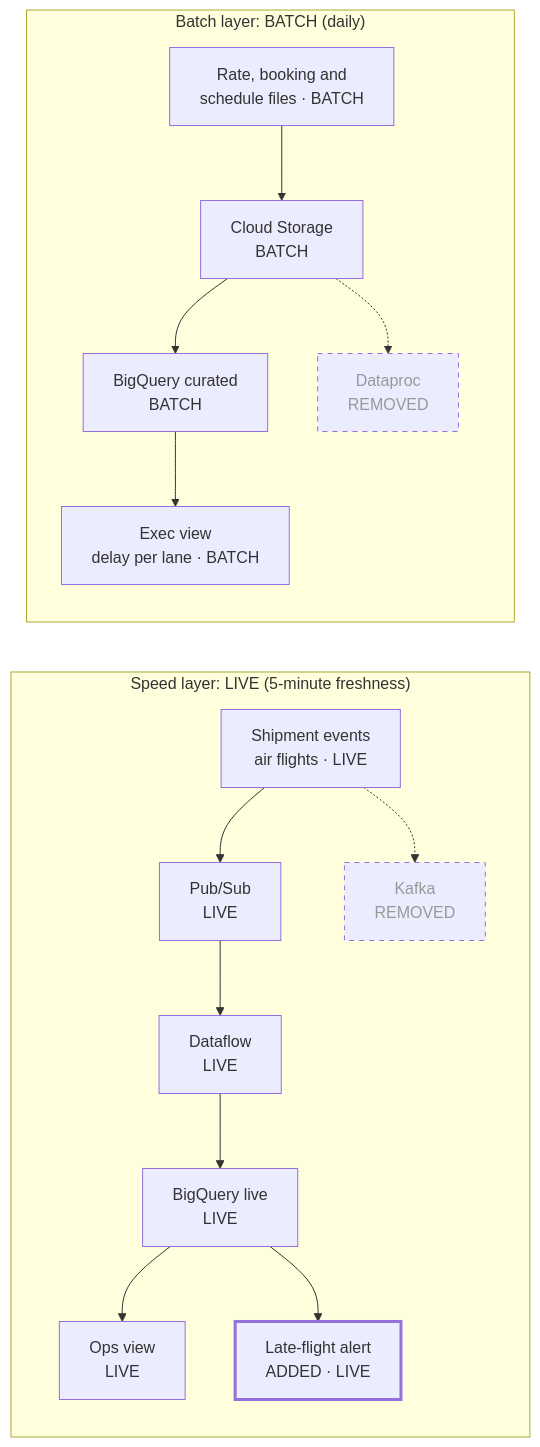
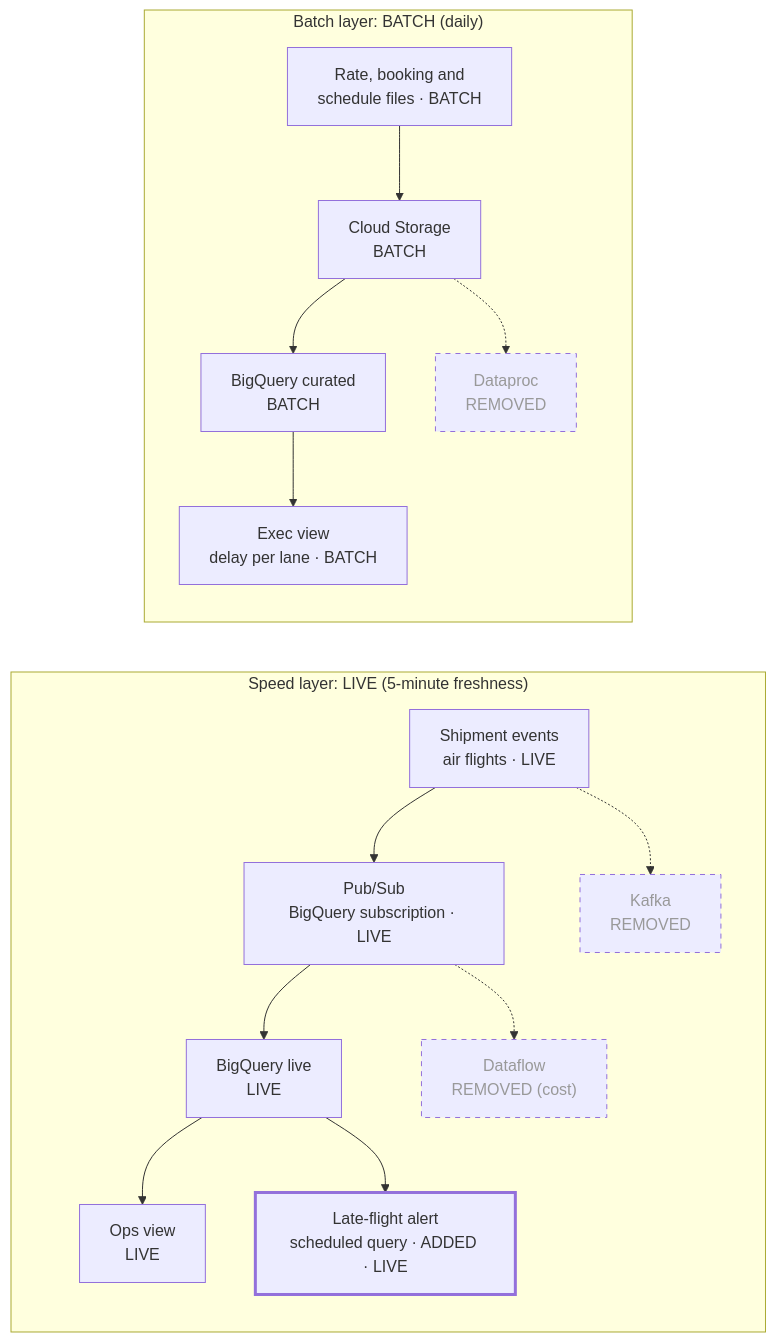
The diagram in docs/architecture/platform.md (hitesh175/cloud-computing-srh), drawn with Mermaid before and after one commit. The commit also changed other lines of this file, not shown here.

Commit message:
Session 3 stretch: cost check and updated diagram

````diff
--- a/docs/architecture/platform.md
+++ b/docs/architecture/platform.md
@@ -8,16 +8,17 @@
 ```mermaid
 flowchart LR
   subgraph speed["Speed layer: LIVE (5-minute freshness)"]
-    events["Shipment events<br/>air flights · LIVE"] --> broker["Pub/Sub<br/>LIVE"] --> dataflow["Dataflow<br/>LIVE"] --> bqlive["BigQuery live<br/>LIVE"] --> ops["Ops view<br/>LIVE"]
-    bqlive --> alert["Late-flight alert<br/>ADDED · LIVE"]
+    events["Shipment events<br/>air flights · LIVE"] --> broker["Pub/Sub<br/>BigQuery subscription · LIVE"] --> bqlive["BigQuery live<br/>LIVE"] --> ops["Ops view<br/>LIVE"]
+    bqlive --> alert["Late-flight alert<br/>scheduled query · ADDED · LIVE"]
     events -.-> kafka["Kafka<br/>REMOVED"]
+    broker -.-> dataflow["Dataflow<br/>REMOVED (cost)"]
   end
   subgraph batch["Batch layer: BATCH (daily)"]
     files["Rate, booking and<br/>schedule files · BATCH"] --> gcs["Cloud Storage<br/>BATCH"] --> bqcurated["BigQuery curated<br/>BATCH"] --> exec["Exec view<br/>delay per lane · BATCH"]
     gcs -.-> dataproc["Dataproc<br/>REMOVED"]
   end
   classDef removed stroke-dasharray: 5 5,color:#999
   classDef added stroke-width:3px
-  class kafka,dataproc removed
+  class kafka,dataflow,dataproc removed
   class alert added
 ```
````
